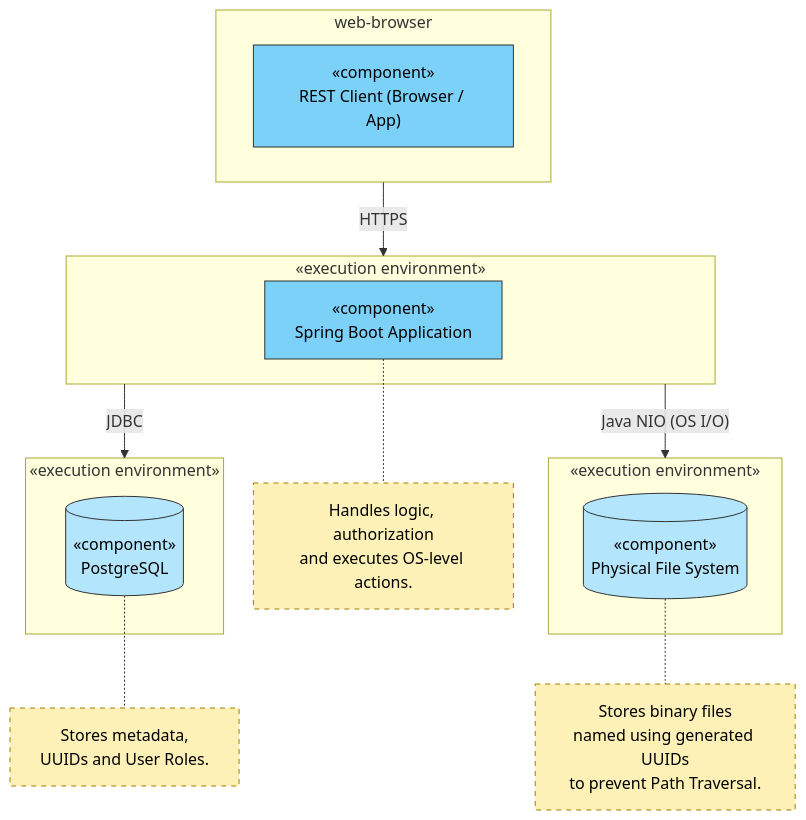
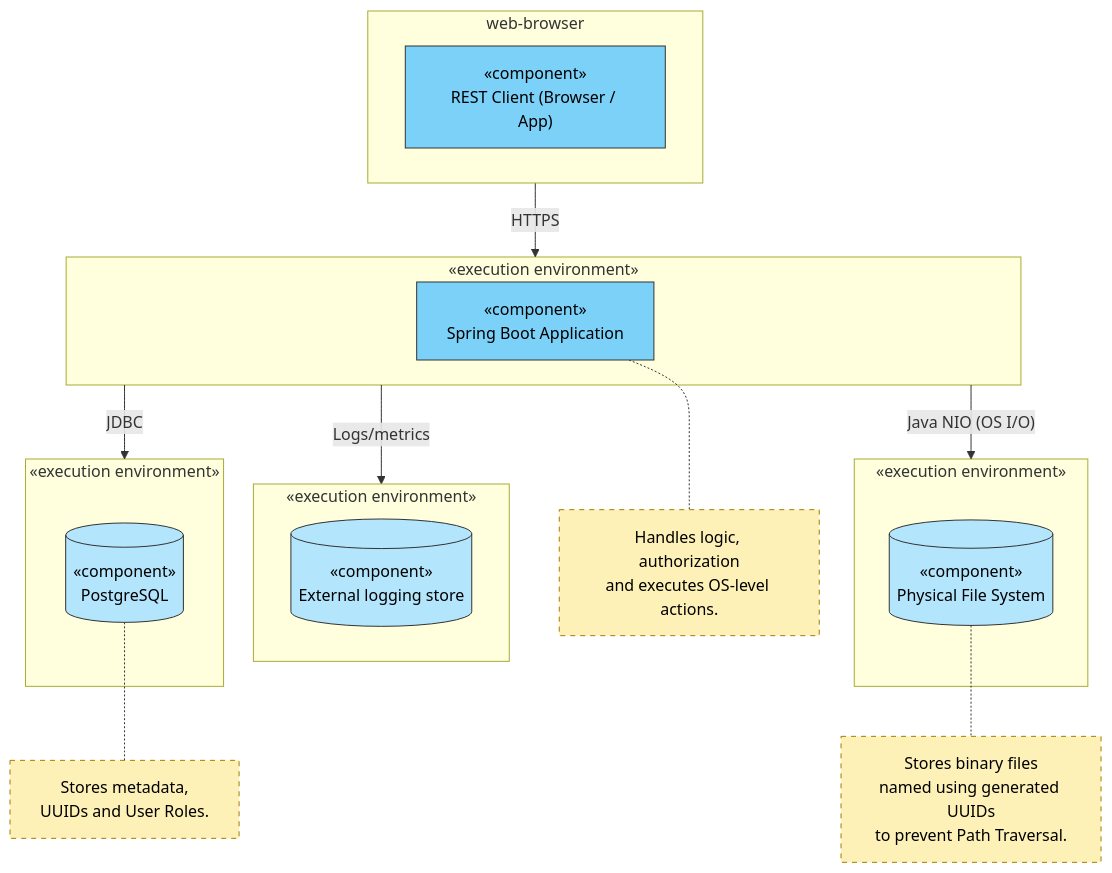
The diagram in Deliverables/Phase1/Architecture_Diagram.mmd (mei-desofs/desofs2026-wed_nap_3), drawn with Mermaid before and after one commit. The commit also changed 4 other files, not shown here.

```diff
--- a/Deliverables/Phase1/Architecture_Diagram.mmd
+++ b/Deliverables/Phase1/Architecture_Diagram.mmd
@@ -1,36 +1,41 @@
 flowchart TD
     classDef comp fill:#7cd1f9,stroke:#333,stroke-width:1px,color:#000
     classDef store fill:#b3e5fc,stroke:#333,stroke-width:1px,color:#000
     classDef note fill:#fdf1b8,stroke:#a67c00,stroke-width:1px,color:#000,stroke-dasharray: 5 5
 
     subgraph ClientZone ["web-browser"]
         Client["«component»<br/>REST Client (Browser / App)"]
     end
 
     subgraph AppZone ["«execution environment»"]
         API["«component»<br/>Spring Boot Application"]
     end
 
+    subgraph ELKZone ["«execution environment»"]
+        ELK[("«component»<br/>External logging store")]
+    end
+
     subgraph DBZone ["«execution environment»"]
         DB[("«component»<br/>PostgreSQL")]
     end
 
     subgraph OSZone ["«execution environment»"]
         Disk[("«component»<br/>Physical File System")]
     end
 
     ClientZone-- "HTTPS" --> AppZone
     AppZone -- "JDBC" --> DBZone
     AppZone -- "Java NIO (OS I/O)" --> OSZone
+    AppZone -- "Logs/metrics" --> ELKZone
 
     NoteAPI["Handles logic, authorization<br/>and executes OS-level actions."]
     NoteDB["Stores metadata,<br/>UUIDs and User Roles."]
     NoteDisk["Stores binary files<br/>named using generated UUIDs<br/>to prevent Path Traversal."]
 
     API -.- NoteAPI
     DB -.- NoteDB
     Disk -.- NoteDisk
 
     class Client,API comp
-    class DB,Disk store
+    class DB,Disk,ELK store
     class NoteAPI,NoteDB,NoteDisk note
```
